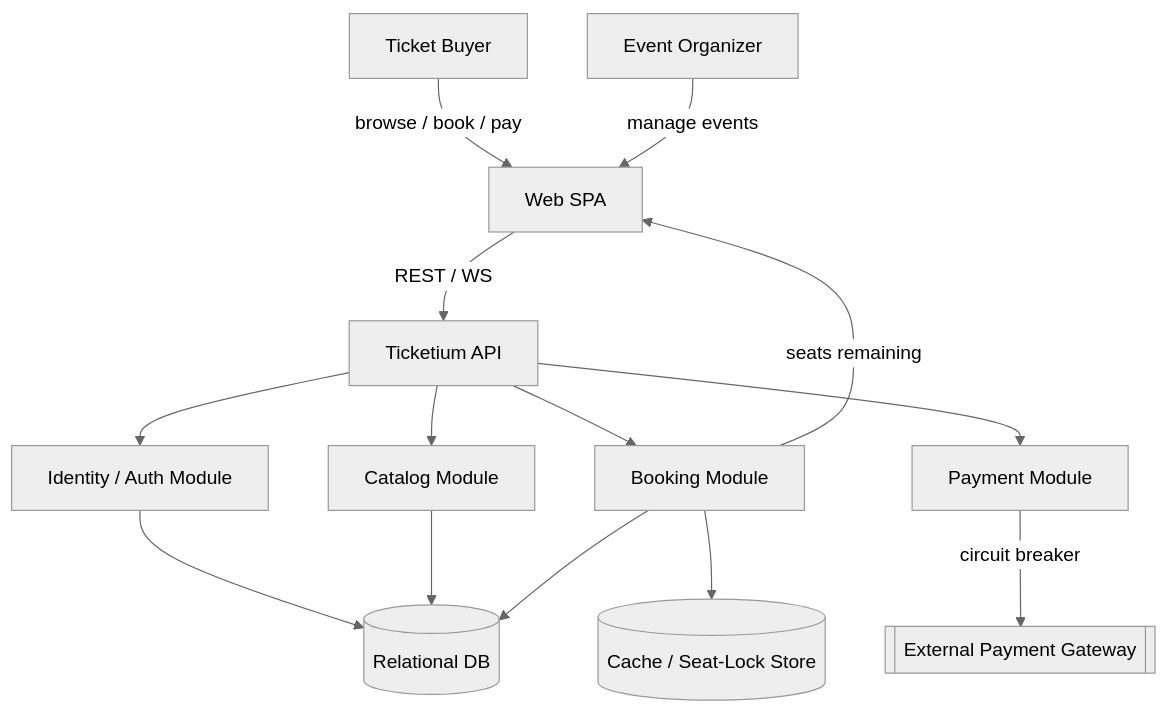
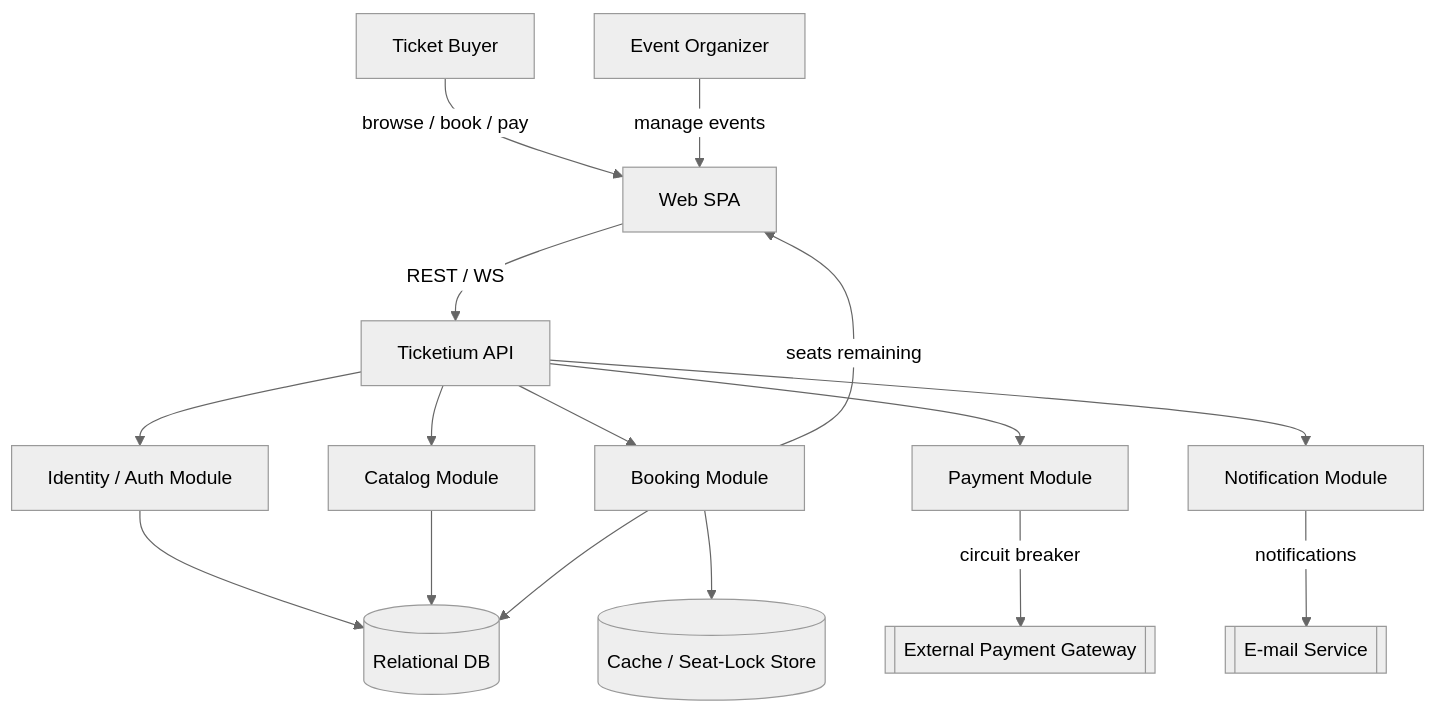
One commit to hrytsykvl/Ticketium changed the first of 2 diagrams in docs/SRS.md. Above: the diagram before and after it, drawn with Mermaid (neutral theme). The commit also changed other lines of this file and 6 other files, not shown here.

````diff
--- a/docs/SRS.md
+++ b/docs/SRS.md
@@ -104,18 +105,20 @@
 ```mermaid
 graph TD
     Buyer[Ticket Buyer] -->|browse / book / pay| Web[Web SPA]
     Organizer[Event Organizer] -->|manage events| Web
     Web -->|REST / WS| API[Ticketium API]
 
     API --> Auth[Identity / Auth Module]
     API --> Catalog[Catalog Module]
     API --> Booking[Booking Module]
     API --> Payment[Payment Module]
 
     Auth --> DB[(Relational DB)]
     Catalog --> DB
     Booking --> DB
     Booking --> Lock[(Cache / Seat-Lock Store)]
+    API --> Notify[Notification Module]
     Payment -->|circuit breaker| Gateway[[External Payment Gateway]]
+    Notify -->|notifications| Mail[[E-mail Service]]
     Booking -->|seats remaining| Web
 ```
````
